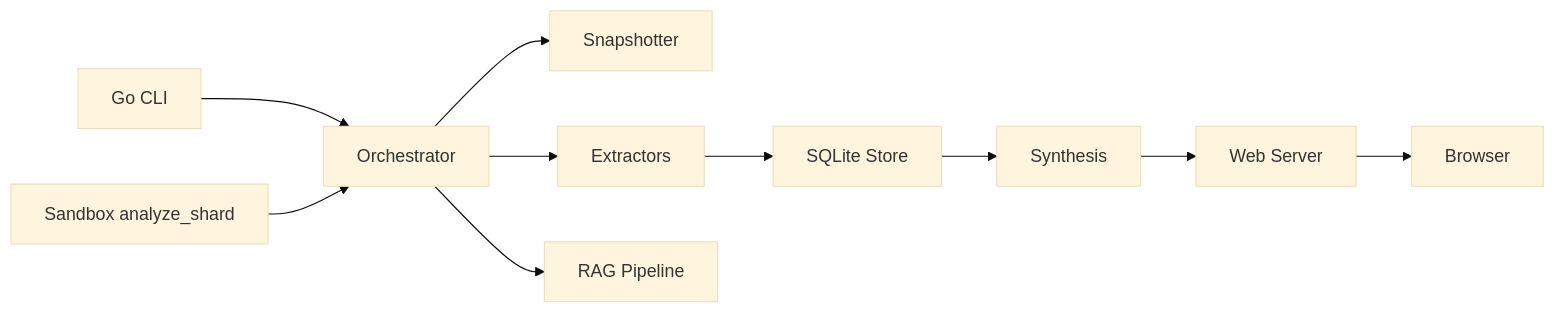
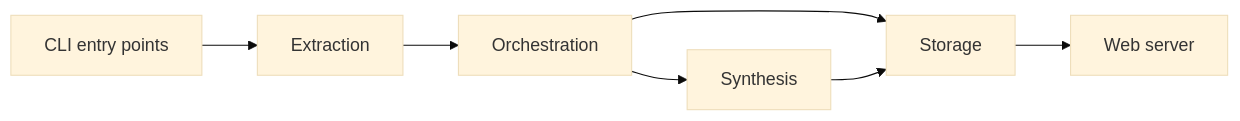
Before and after one commit to actions-marketplace-validations/unrealandychan_rekipedia: the diagram in .rekipedia/wiki/index.md, drawn with Mermaid (base theme). The commit also changed other lines of this file and 39 other files, not shown here.

````diff
--- a/.rekipedia/wiki/index.md
+++ b/.rekipedia/wiki/index.md
@@ -114,12 +120,16 @@
 ```mermaid
 flowchart LR
-    CLI[Go CLI] --> ORCH[Orchestrator]
-    SANDBOX[Sandbox analyze_shard] --> ORCH
-    ORCH --> SNAP[Snapshotter]
-    ORCH --> EXTRACT[Extractors]
-    EXTRACT --> STORE[SQLite Store]
-    ORCH --> RAG[RAG Pipeline]
-    STORE --> SYN[Synthesis]
-    SYN --> SERVER[Web Server]
-    SERVER --> UI[Browser]
+    CLI[CLI entry points]
+    Extract[Extraction]
+    Orchestrate[Orchestration]
+    Synthesis[Synthesis]
+    Store[Storage]
+    Server[Web server]
+
+    CLI --> Extract
+    Extract --> Orchestrate
+    Orchestrate --> Synthesis
+    Orchestrate --> Store
+    Synthesis --> Store
+    Store --> Server
 ```
````
